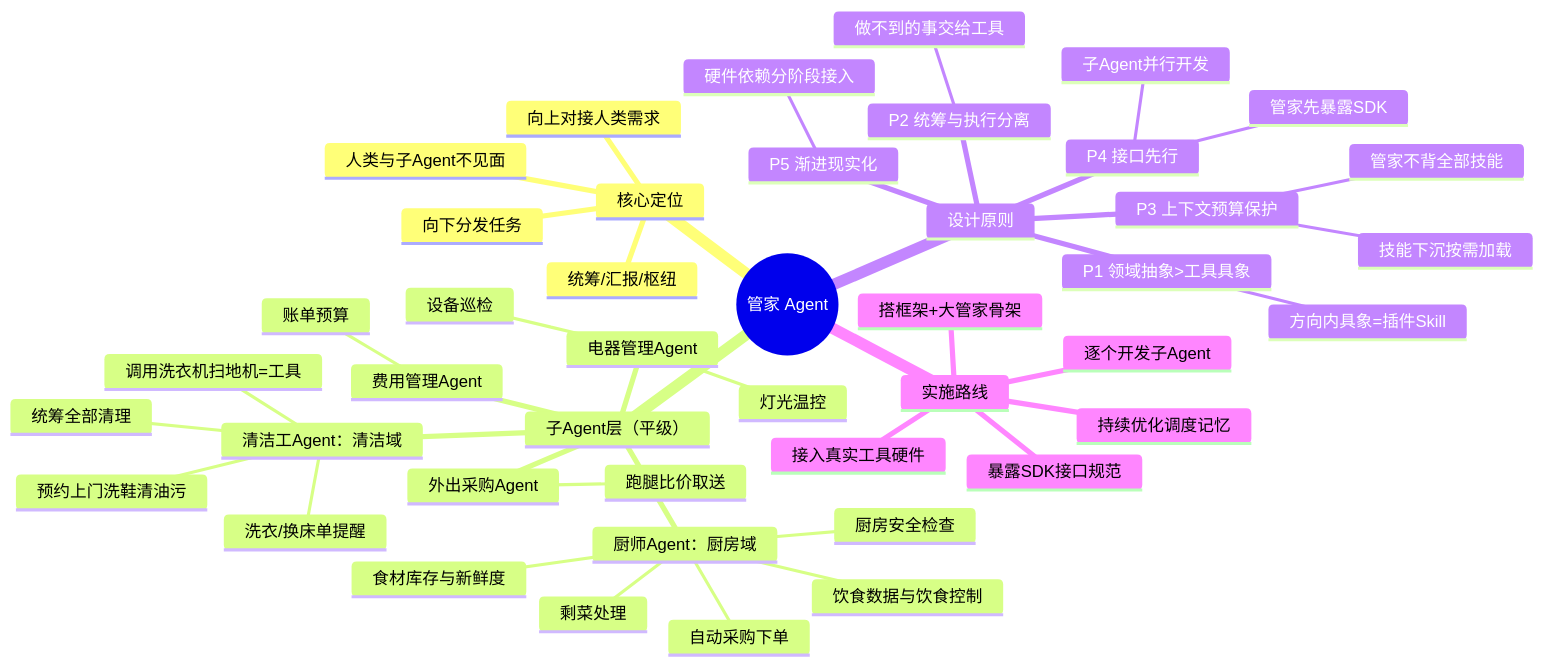
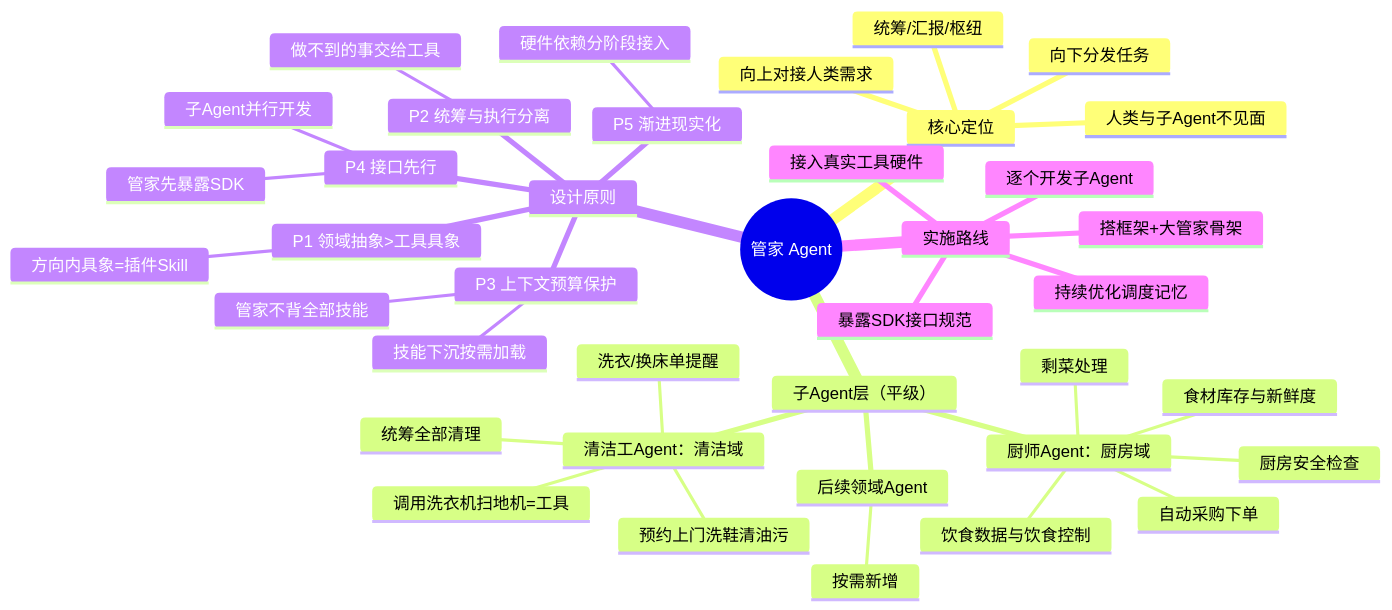
The diagram in docs/管家Agent-思维导图.md (iceman0359/meimaohouse-butler-agent), drawn with Mermaid before and after one commit. The commit also changed other lines of this file and 40 other files, not shown here.

````diff
--- a/docs/管家Agent-思维导图.md
+++ b/docs/管家Agent-思维导图.md
@@ -71,47 +64,42 @@
 ```mermaid
 mindmap
   root((管家 Agent))
     核心定位
       向上对接人类需求
       向下分发任务
       人类与子Agent不见面
       统筹/汇报/枢纽
     子Agent层（平级）
       厨师Agent：厨房域
         食材库存与新鲜度
         自动采购下单
         厨房安全检查
         剩菜处理
         饮食数据与饮食控制
       清洁工Agent：清洁域
         统筹全部清理
         洗衣/换床单提醒
         预约上门洗鞋清油污
         调用洗衣机扫地机=工具
-      电器管理Agent
-        灯光温控
-        设备巡检
-      外出采购Agent
-        跑腿比价取送
-      费用管理Agent
-        账单预算
+      后续领域Agent
+        按需新增
     设计原则
       P1 领域抽象>工具具象
         方向内具象=插件Skill
       P2 统筹与执行分离
         做不到的事交给工具
       P3 上下文预算保护
         管家不背全部技能
         技能下沉按需加载
       P4 接口先行
         管家先暴露SDK
         子Agent并行开发
       P5 渐进现实化
         硬件依赖分阶段接入
     实施路线
       搭框架+大管家骨架
       暴露SDK接口规范
       逐个开发子Agent
       接入真实工具硬件
       持续优化调度记忆
 ```
````
